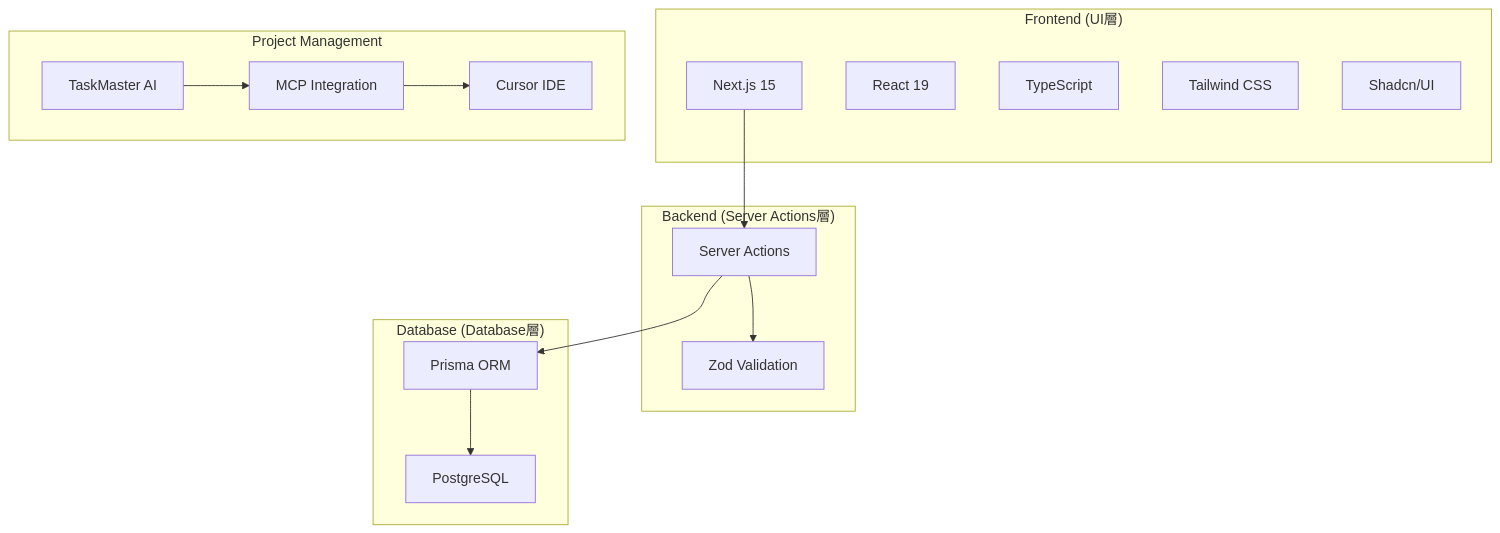
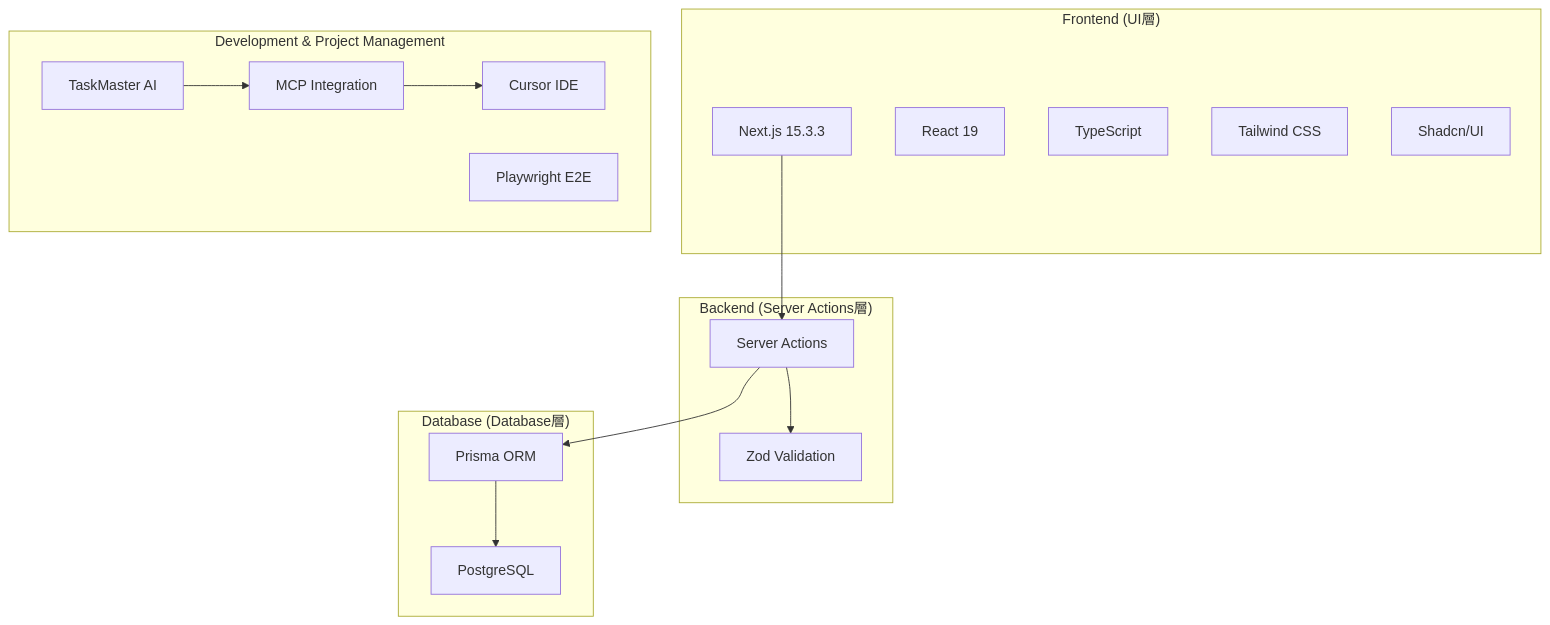
Before and after one commit to sudat/biz-clone: the diagram in .taskmaster/docs/README.md, drawn with Mermaid. The commit also changed other lines of this file and 33 other files, not shown here.

````diff
--- a/.taskmaster/docs/README.md
+++ b/.taskmaster/docs/README.md
@@ -148,33 +184,34 @@
 ```mermaid
 graph TB
     subgraph "Frontend (UI層)"
-        NEXT[Next.js 15]
+        NEXT[Next.js 15.3.3]
         REACT[React 19]
         TS[TypeScript]
         TAILWIND[Tailwind CSS]
         SHADCN[Shadcn/UI]
     end
 
     subgraph "Backend (Server Actions層)"
         ACTIONS[Server Actions]
         ZOD[Zod Validation]
     end
 
     subgraph "Database (Database層)"
         PRISMA[Prisma ORM]
         POSTGRES[PostgreSQL]
     end
 
-    subgraph "Project Management"
+    subgraph "Development & Project Management"
         TASKMASTER[TaskMaster AI]
         MCP[MCP Integration]
         CURSOR[Cursor IDE]
+        PLAYWRIGHT[Playwright E2E]
     end
 
     NEXT --> ACTIONS
     ACTIONS --> ZOD
     ACTIONS --> PRISMA
     PRISMA --> POSTGRES
     TASKMASTER --> MCP
     MCP --> CURSOR
 ```
````
